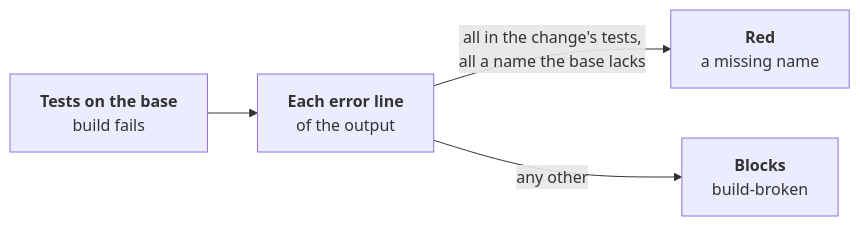
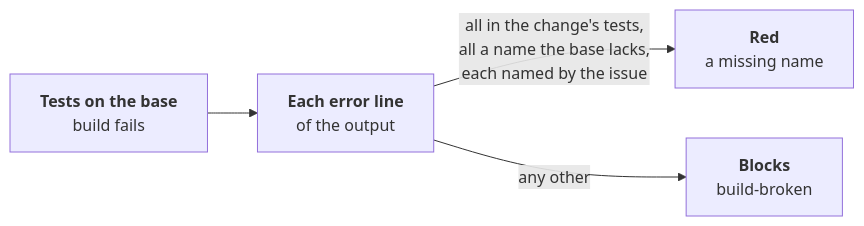
One commit to JN0V/workline changed the diagram in roles/tester/docs/missing-name.md. Above: the diagram before and after it, drawn with Mermaid. The commit also changed other lines of this file and 1 other file, not shown here.

Commit message:
docs(tester): a missing name the issue never names blocks

````diff
--- a/roles/tester/docs/missing-name.md
+++ b/roles/tester/docs/missing-name.md
@@ -13,10 +13,10 @@
 ```mermaid
 flowchart LR
   run["<b>Tests on the base</b><br/>build fails"]
   errs["<b>Each error line</b><br/>of the output"]
   red["<b>Red</b><br/>a missing name"]
   block["<b>Blocks</b><br/>build-broken"]
   run --> errs
-  errs -- "all in the change's tests,<br/>all a name the base lacks" --> red
+  errs -- "all in the change's tests,<br/>all a name the base lacks,<br/>each named by the issue" --> red
   errs -- "any other" --> block
 ```
````
